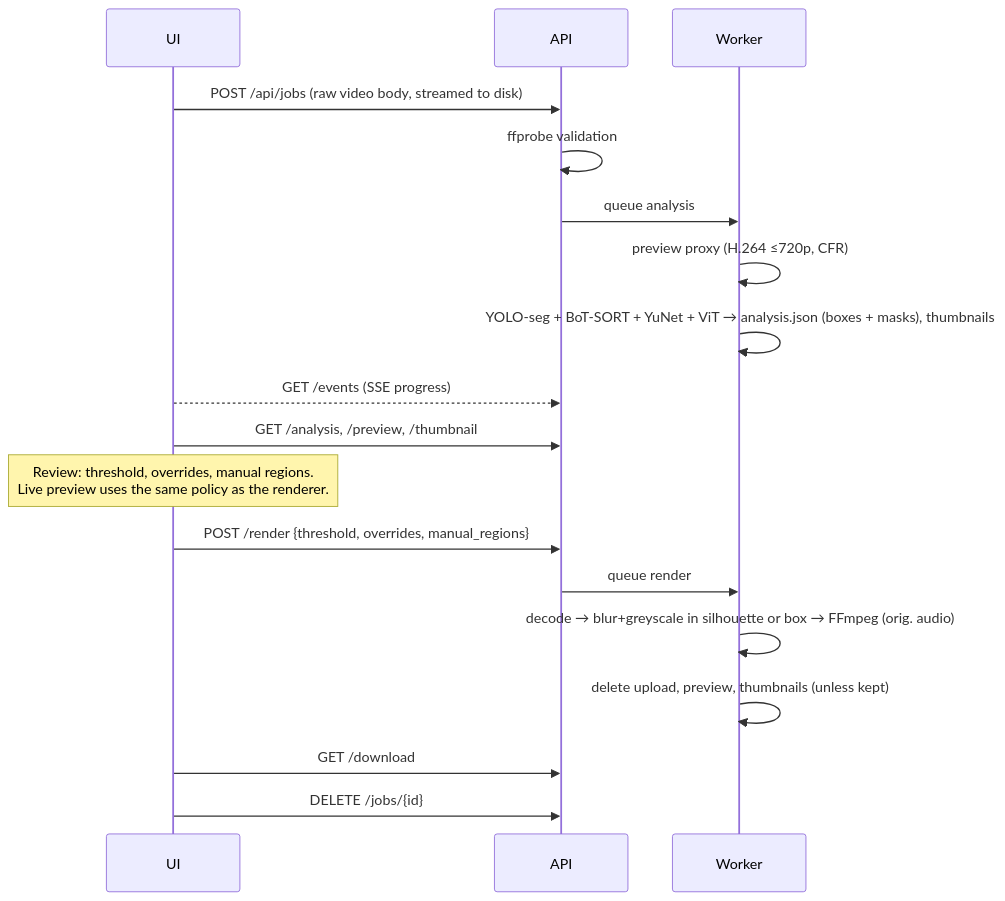
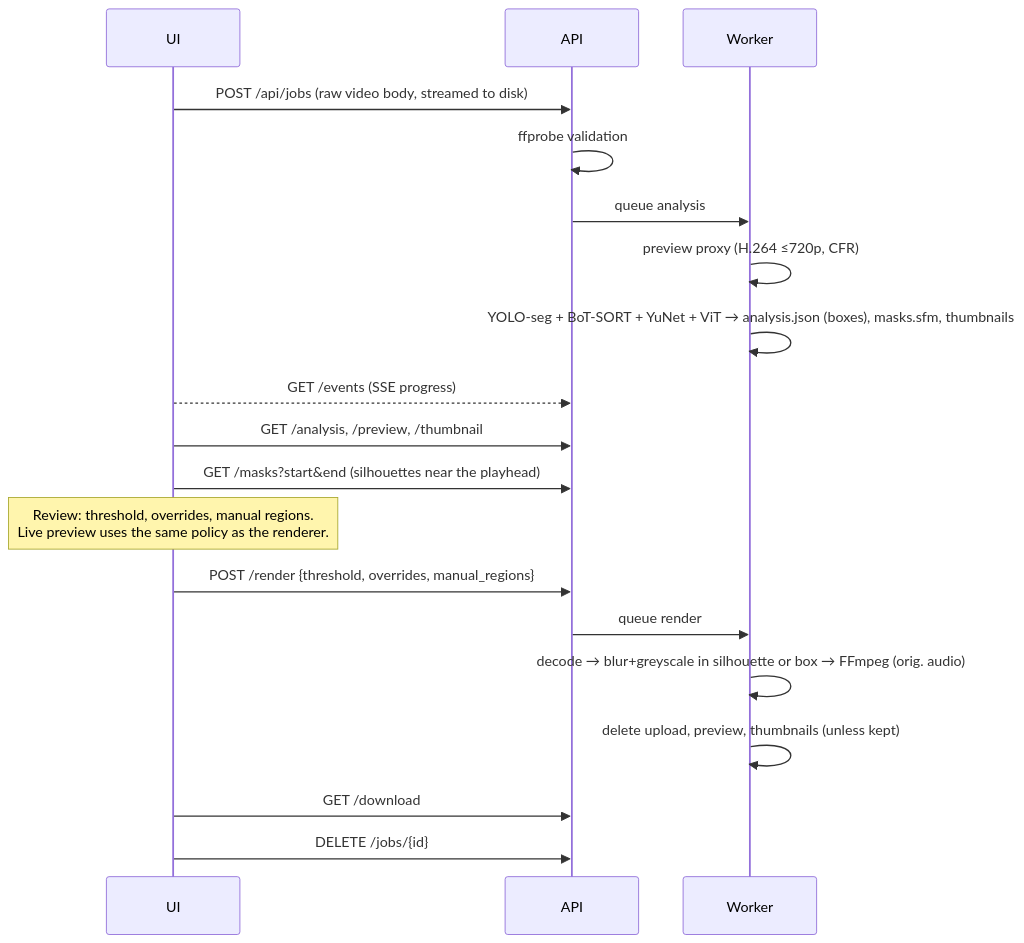
One commit to issamarida/safeframe changed the diagram in docs/ARCHITECTURE.md. Above: the diagram before and after it, drawn with Mermaid. The commit also changed other lines of this file and 4 other files, not shown here.

````diff
--- a/docs/ARCHITECTURE.md
+++ b/docs/ARCHITECTURE.md
@@ -21,20 +21,21 @@
 ```mermaid
 sequenceDiagram
     participant UI
     participant API
     participant Worker
     UI->>API: POST /api/jobs (raw video body, streamed to disk)
     API->>API: ffprobe validation
     API->>Worker: queue analysis
     Worker->>Worker: preview proxy (H.264 ≤720p, CFR)
-    Worker->>Worker: YOLO-seg + BoT-SORT + YuNet + ViT  →  analysis.json (boxes + masks), thumbnails
+    Worker->>Worker: YOLO-seg + BoT-SORT + YuNet + ViT  →  analysis.json (boxes), masks.sfm, thumbnails
     UI-->>API: GET /events (SSE progress)
     UI->>API: GET /analysis, /preview, /thumbnail
+    UI->>API: GET /masks?start&end (silhouettes near the playhead)
     Note over UI: Review: threshold, overrides, manual regions.<br/>Live preview uses the same policy as the renderer.
     UI->>API: POST /render {threshold, overrides, manual_regions}
     API->>Worker: queue render
     Worker->>Worker: decode → blur+greyscale in silhouette or box → FFmpeg (orig. audio)
     Worker->>Worker: delete upload, preview, thumbnails (unless kept)
     UI->>API: GET /download
     UI->>API: DELETE /jobs/{id}
 ```
````
